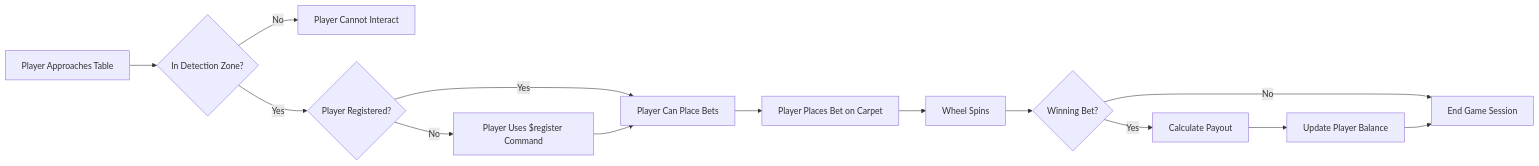
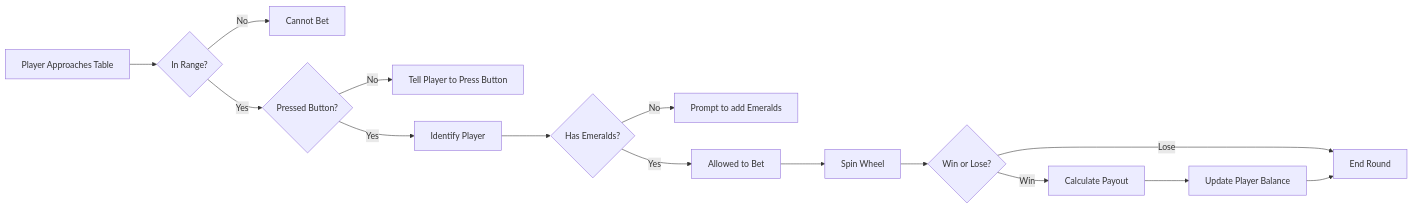
Before and after one commit to cliftontoaster-reid/cc-roulette: the third of 4 diagrams in README.md, drawn with Mermaid. The commit also changed other lines of this file and 1 other file, not shown here.

Commit message:
Update README.md to reflect automatic payouts and player registration process; refactor spin.lua for improved payout handling and player detection

````diff
--- a/README.md
+++ b/README.md
@@ -116,16 +103,17 @@
 ```mermaid
 flowchart LR
-    A[Player Approaches Table] --> B{In Detection Zone?}
-    B -->|No| C[Player Cannot Interact]
-    B -->|Yes| D{Player Registered?}
-    D -->|No| E[Player Uses $register Command]
-    D -->|Yes| F[Player Can Place Bets]
-    E --> F
-    F --> G[Player Places Bet on Carpet]
-    G --> H[Wheel Spins]
-    H --> I{Winning Bet?}
-    I -->|Yes| J[Calculate Payout]
-    I -->|No| L[End Game Session]
-    J --> K[Update Player Balance]
-    K --> L
+    A[Player Approaches Table] --> B{In Range?}
+    B -- No --> C[Cannot Bet]
+    B -- Yes --> D{Pressed Button?}
+    D -- No --> E[Tell Player to Press Button]
+    D -- Yes --> F[Identify Player]
+    F --> G{Has Emeralds?}
+    G -- No --> H[Prompt to add Emeralds]
+    G -- Yes --> I[Allowed to Bet]
+    I --> J[Spin Wheel]
+    J --> K{Win or Lose?}
+    K -- Win --> L[Calculate Payout]
+    K -- Lose --> M[End Round]
+    L --> N[Update Player Balance]
+    N --> M
 ```
````
